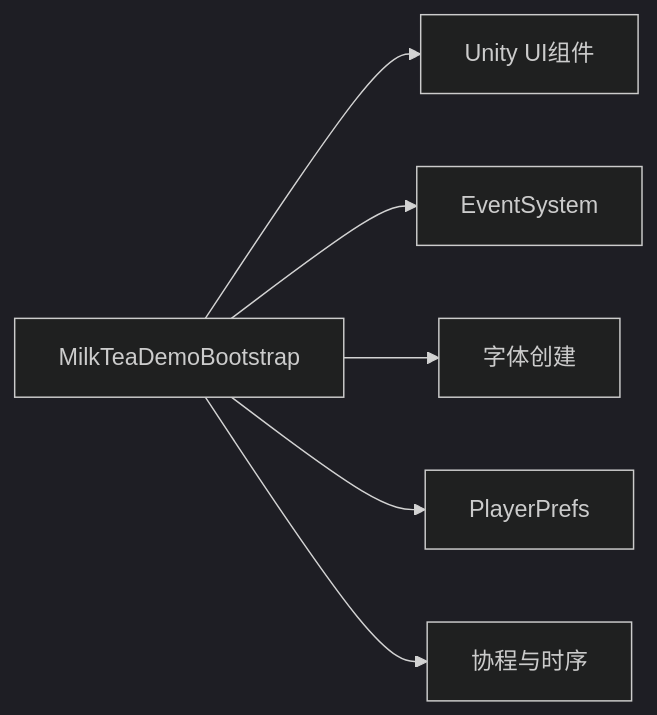
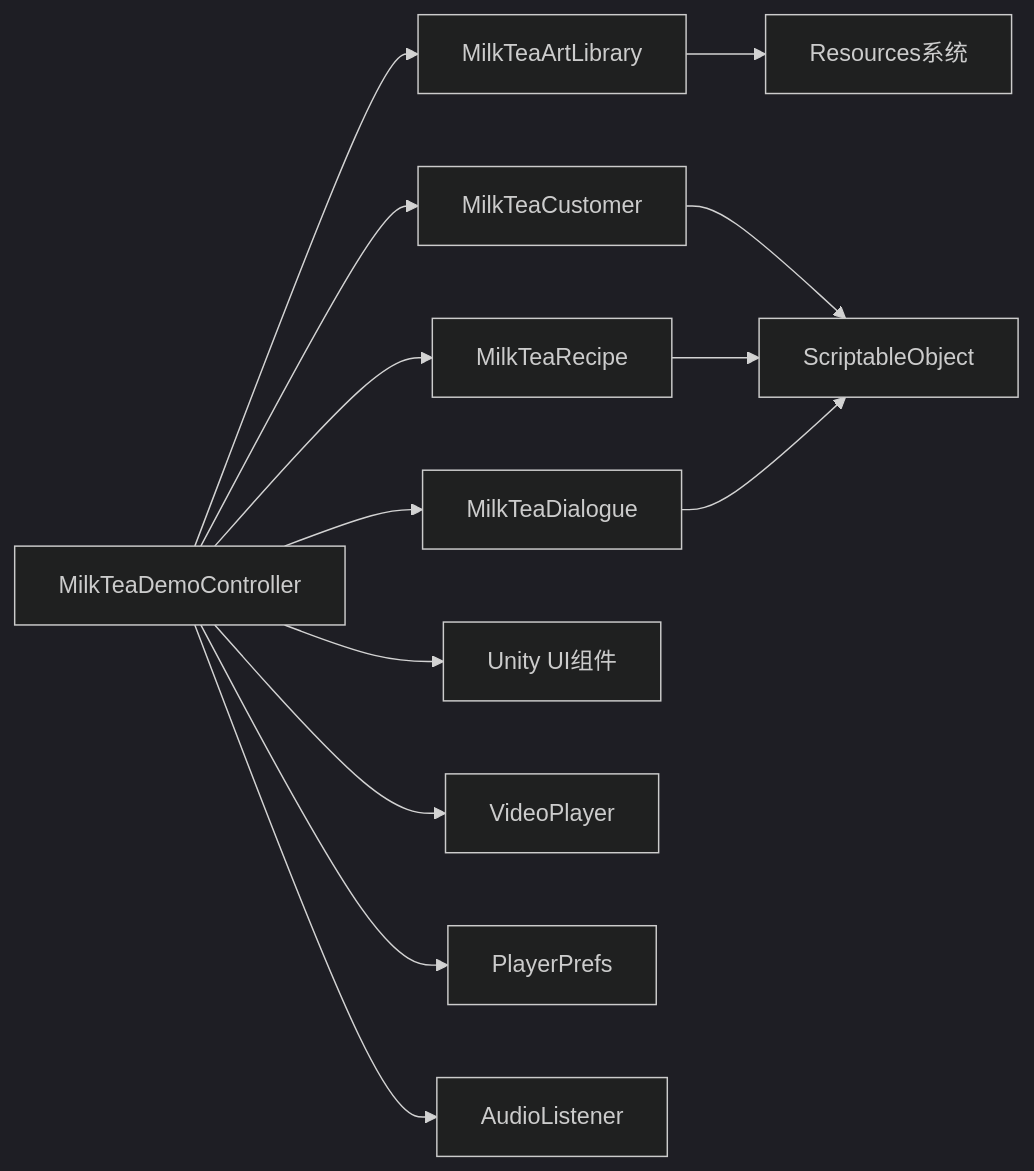
Before and after one commit to Thanatos42/-demo: the fourth of 4 diagrams in .qoder/repowiki/zh/content/订单处理流程.md, drawn with Mermaid (dark theme). The commit also changed other lines of this file and 16 other files, not shown here.

````diff
--- a/.qoder/repowiki/zh/content/订单处理流程.md
+++ b/.qoder/repowiki/zh/content/订单处理流程.md
@@ -223,8 +312,15 @@
 ```mermaid
 graph LR
-BS["MilkTeaDemoBootstrap"] --> UI["Unity UI组件"]
-BS --> EV["EventSystem"]
-BS --> FT["字体创建"]
-BS --> PF["PlayerPrefs"]
-BS --> CR["协程与时序"]
+Controller["MilkTeaDemoController"] --> ArtLib["MilkTeaArtLibrary"]
+Controller --> Customer["MilkTeaCustomer"]
+Controller --> Recipe["MilkTeaRecipe"]
+Controller --> Dialogue["MilkTeaDialogue"]
+Controller --> UI["Unity UI组件"]
+Controller --> Video["VideoPlayer"]
+Controller --> Storage["PlayerPrefs"]
+Controller --> Audio["AudioListener"]
+ArtLib --> Resources["Resources系统"]
+Customer --> ScriptableObject["ScriptableObject"]
+Recipe --> ScriptableObject
+Dialogue --> ScriptableObject
 ```
````
